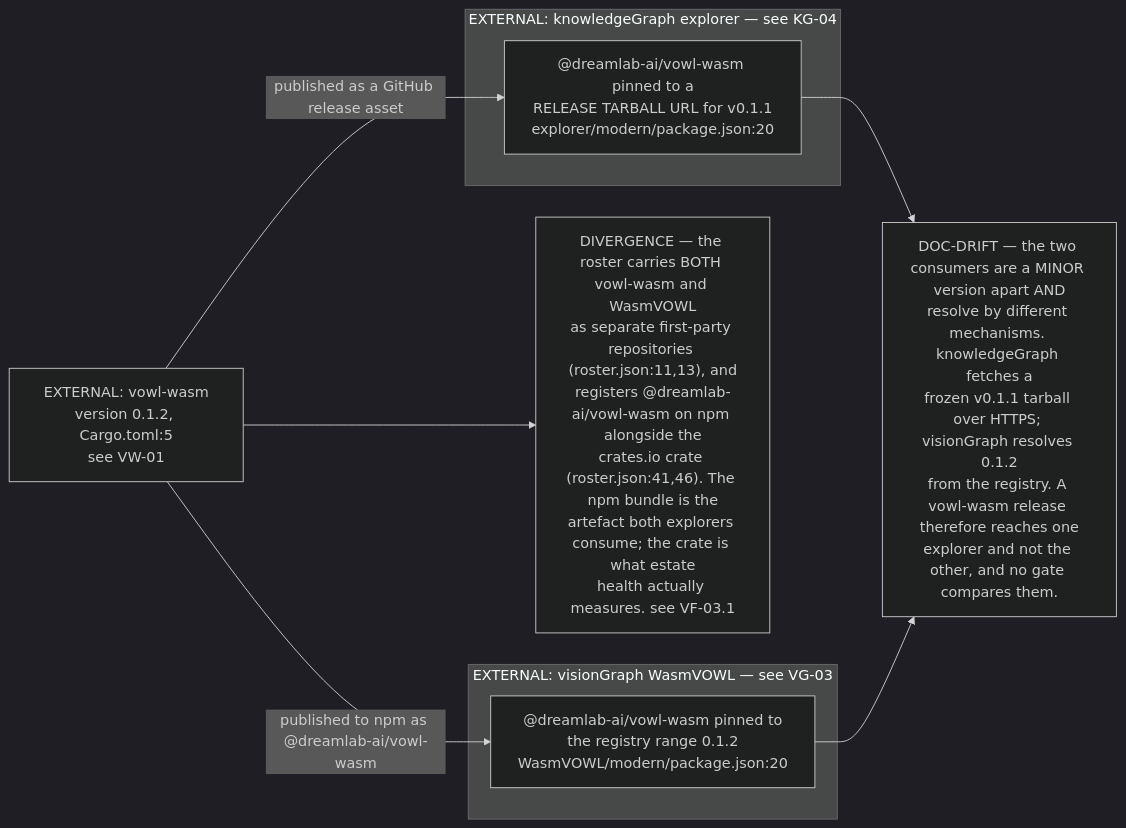
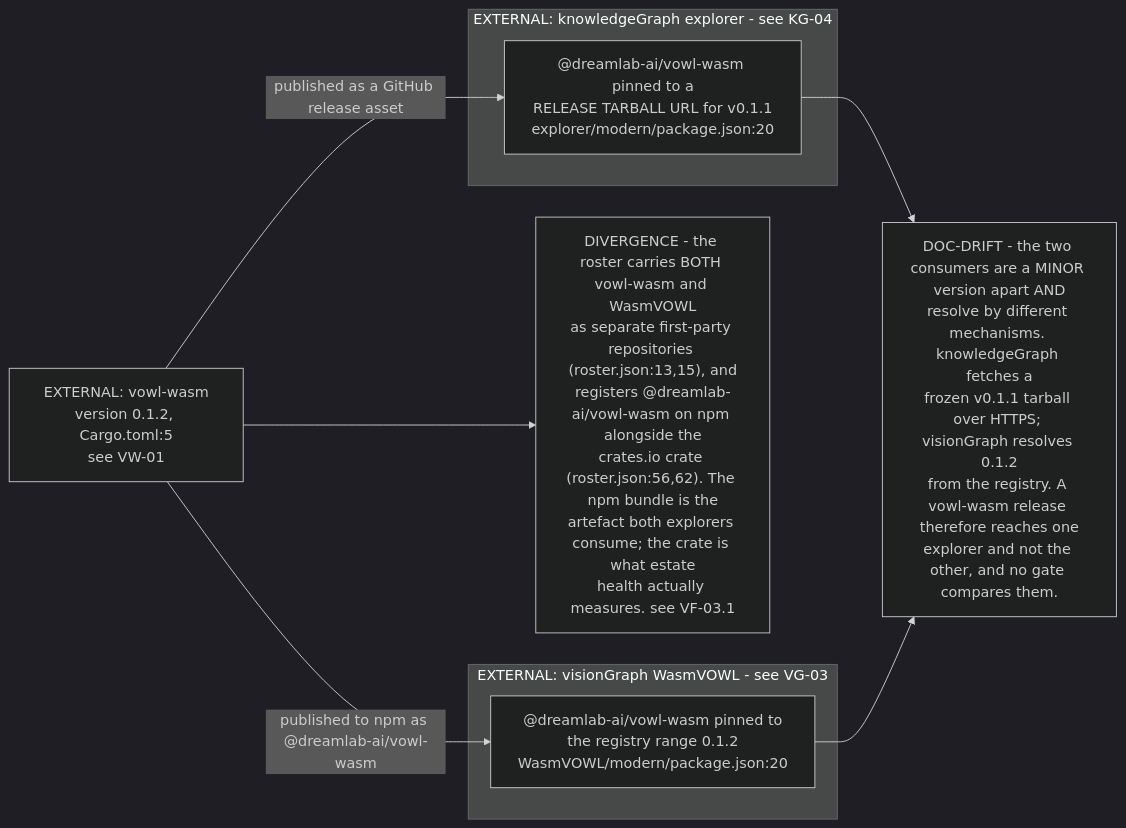
Before and after one commit to DreamLab-AI/VisionFlow: the third of 5 diagrams in docs/diagrams/estate/11-publishing-axis.md, drawn with Mermaid (dark theme). The commit also changed other lines of this file and 136 other files, not shown here.

First line of the commit message:
docs(diagrams): refresh the whole corpus to code HEAD and prune low-value diagrams

````diff
--- a/docs/diagrams/estate/11-publishing-axis.md
+++ b/docs/diagrams/estate/11-publishing-axis.md
@@ -86,21 +91,21 @@
 ```mermaid
 flowchart LR
     CRATE["EXTERNAL: vowl-wasm<br/>version 0.1.2, Cargo.toml:5<br/>see VW-01"]
 
-    subgraph KGE["EXTERNAL: knowledgeGraph explorer — see KG-04"]
+    subgraph KGE["EXTERNAL: knowledgeGraph explorer - see KG-04"]
         KGP["@dreamlab-ai/vowl-wasm pinned to a<br/>RELEASE TARBALL URL for v0.1.1<br/>explorer/modern/package.json:20"]
     end
-    subgraph VGE["EXTERNAL: visionGraph WasmVOWL — see VG-03"]
+    subgraph VGE["EXTERNAL: visionGraph WasmVOWL - see VG-03"]
         VGP["@dreamlab-ai/vowl-wasm pinned to<br/>the registry range 0.1.2<br/>WasmVOWL/modern/package.json:20"]
     end
 
     CRATE -->|"published as a GitHub release asset"| KGP
     CRATE -->|"published to npm as @dreamlab-ai/vowl-wasm"| VGP
 
-    D1["DOC-DRIFT — the two consumers are a MINOR version apart AND<br/>resolve by different mechanisms. knowledgeGraph fetches a<br/>frozen v0.1.1 tarball over HTTPS; visionGraph resolves 0.1.2<br/>from the registry. A vowl-wasm release therefore reaches one<br/>explorer and not the other, and no gate compares them."]
-    D2["DIVERGENCE — the roster carries BOTH vowl-wasm and WasmVOWL<br/>as separate first-party repositories (roster.json:11,13), and<br/>registers @dreamlab-ai/vowl-wasm on npm alongside the<br/>crates.io crate (roster.json:41,46). The npm bundle is the<br/>artefact both explorers consume; the crate is what estate<br/>health actually measures. see VF-03.1"]
+    D1["DOC-DRIFT - the two consumers are a MINOR version apart AND<br/>resolve by different mechanisms. knowledgeGraph fetches a<br/>frozen v0.1.1 tarball over HTTPS; visionGraph resolves 0.1.2<br/>from the registry. A vowl-wasm release therefore reaches one<br/>explorer and not the other, and no gate compares them."]
+    D2["DIVERGENCE - the roster carries BOTH vowl-wasm and WasmVOWL<br/>as separate first-party repositories (roster.json:13,15), and<br/>registers @dreamlab-ai/vowl-wasm on npm alongside the<br/>crates.io crate (roster.json:56,62). The npm bundle is the<br/>artefact both explorers consume; the crate is what estate<br/>health actually measures. see VF-03.1"]
 
     KGP --> D1
     VGP --> D1
     CRATE --> D2
 ```
````
